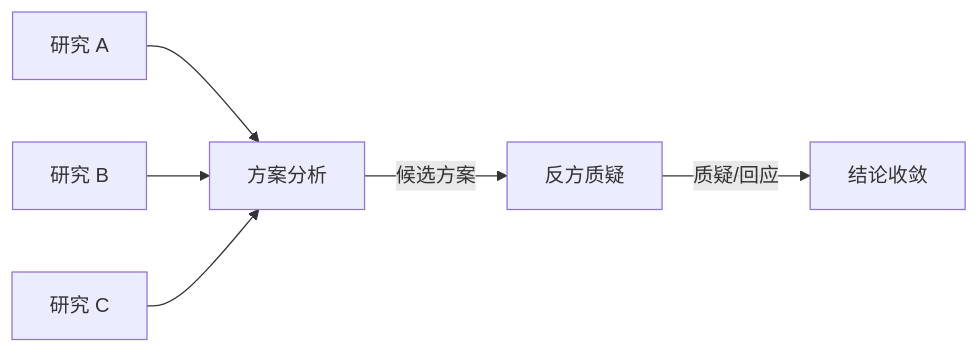
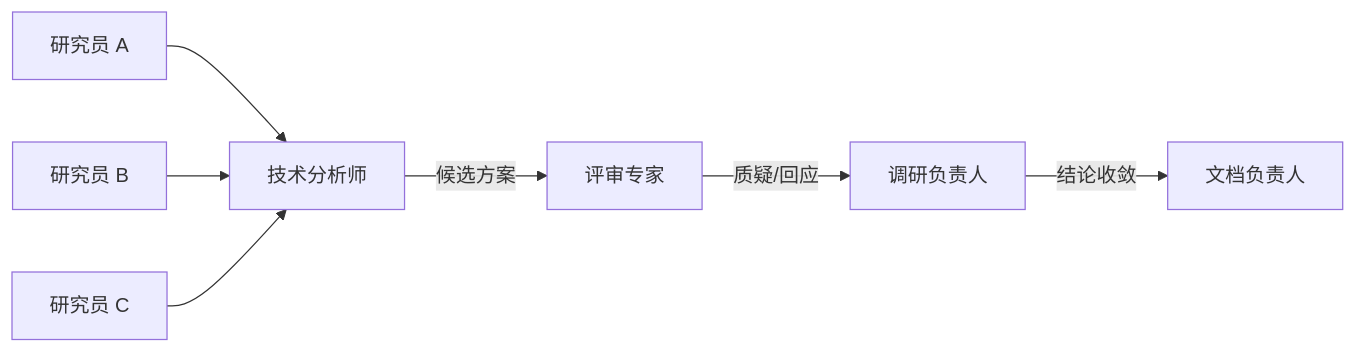
One commit to icylight/pi-tavern changed the sixth of 6 diagrams in README.md. Above: the diagram before and after it, drawn with Mermaid. The commit also changed other lines of this file and 1 other file, not shown here.

Commit message:
docs(readme): 团队示例角色职位化——5 列表拆「角色（谁参与）/协作流程（谁做什么）」+ Mermaid 节点改具体职位（产品经理/事故负责人/SRE/安全架构师/分诊员等，中英一致，User 指示）

````diff
--- a/README.md
+++ b/README.md
@@ -109,8 +109,9 @@
 ```mermaid
 flowchart LR
-    R1["研究 A"] --> SA["方案分析"]
-    R2["研究 B"] --> SA
-    R3["研究 C"] --> SA
-    SA -->|"候选方案"| AD["反方质疑"]
-    AD -->|"质疑/回应"| CC["结论收敛"]
+    R1["研究员 A"] --> AN["技术分析师"]
+    R2["研究员 B"] --> AN
+    R3["研究员 C"] --> AN
+    AN -->|"候选方案"| EXP["评审专家"]
+    EXP -->|"质疑/回应"| LEAD["调研负责人"]
+    LEAD -->|"结论收敛"| DOC["文档负责人"]
 ```
````
